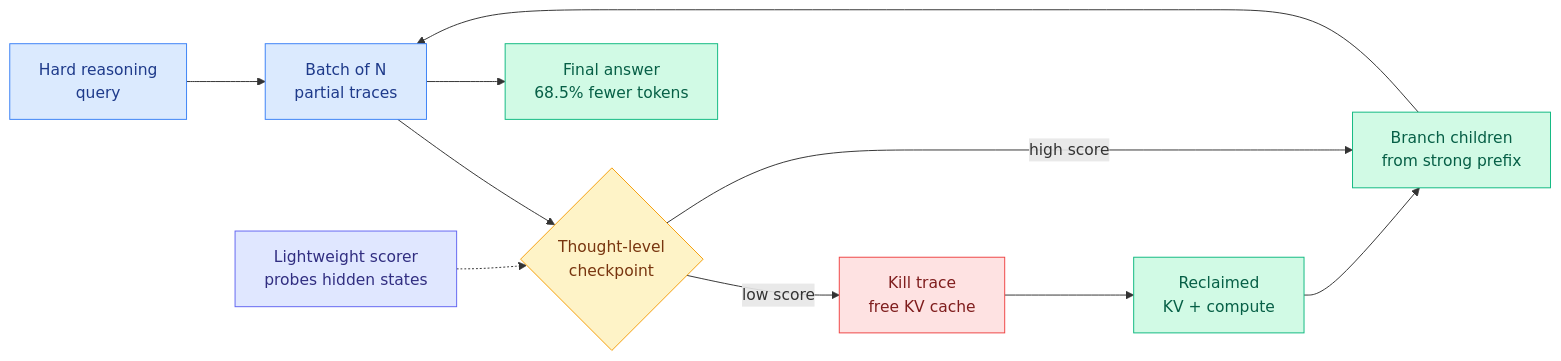
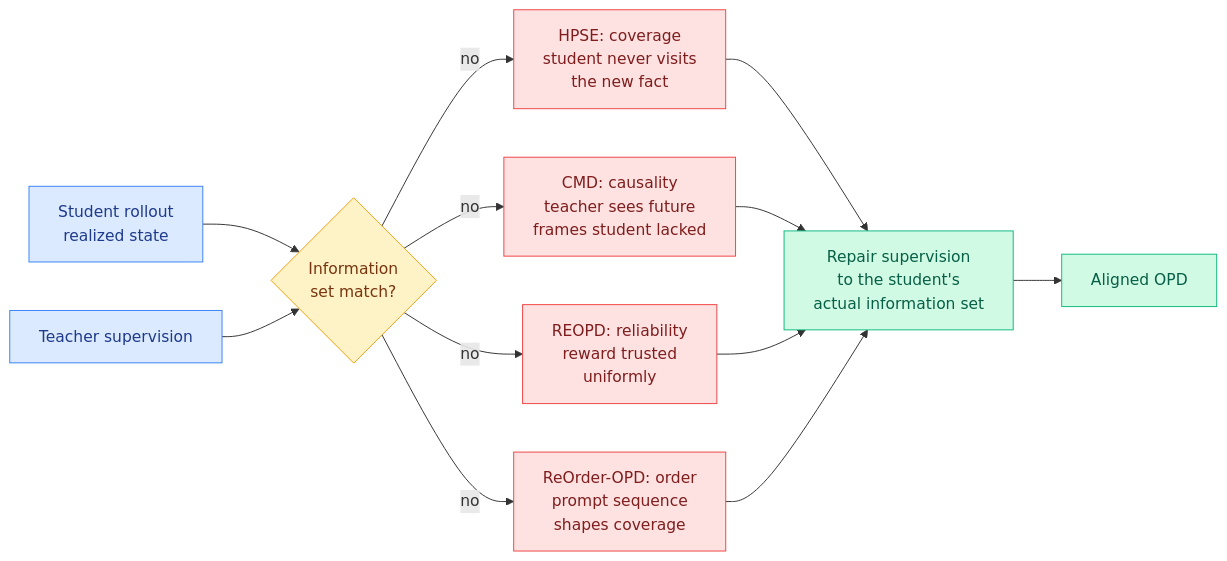
Before and after one commit to bayesiansapien/cere-bro: the fourth of 5 diagrams in wiki/daily-digest/2026-08/2026-08-16.md, drawn with Mermaid. The commit also changed other lines of this file, not shown here.

````diff
--- a/wiki/daily-digest/2026-08/2026-08-16.md
+++ b/wiki/daily-digest/2026-08/2026-08-16.md
@@ -141,22 +231,22 @@
 ```mermaid
 flowchart LR
-  Q[Hard reasoning<br/>query] --> B[Batch of N<br/>partial traces]
-  B --> S{Thought-level<br/>checkpoint}
-  S -->|low score| K[Kill trace<br/>free KV cache]
-  S -->|high score| BR[Branch children<br/>from strong prefix]
-  K --> R[Reclaimed<br/>KV + compute]
-  R --> BR
-  BR --> B
-  B --> A[Final answer<br/>68.5% fewer tokens]
-  P[Lightweight scorer<br/>probes hidden states] -.-> S
+  S[Student rollout<br/>realized state] --> G{Information<br/>set match?}
+  T[Teacher supervision] --> G
+  G -->|no| F1[HPSE: coverage<br/>student never visits<br/>the new fact]
+  G -->|no| F2[CMD: causality<br/>teacher sees future<br/>frames student lacked]
+  G -->|no| F3[REOPD: reliability<br/>reward trusted<br/>uniformly]
+  G -->|no| F4[ReOrder-OPD: order<br/>prompt sequence<br/>shapes coverage]
+  F1 --> R[Repair supervision<br/>to the student's<br/>actual information set]
+  F2 --> R
+  F3 --> R
+  F4 --> R
+  R --> O[Aligned OPD]
   classDef input fill:#dbeafe,stroke:#3b82f6,color:#1e3a8a
   classDef decision fill:#fef3c7,stroke:#f59e0b,color:#78350f
   classDef output fill:#d1fae5,stroke:#10b981,color:#065f46
   classDef warn fill:#fee2e2,stroke:#ef4444,color:#7f1d1d
-  classDef aux fill:#e0e7ff,stroke:#6366f1,color:#312e81
-  class Q,B input
-  class S decision
-  class A,BR,R output
-  class K warn
-  class P aux
+  class S,T input
+  class G decision
+  class F1,F2,F3,F4 warn
+  class R,O output
 ```
````
